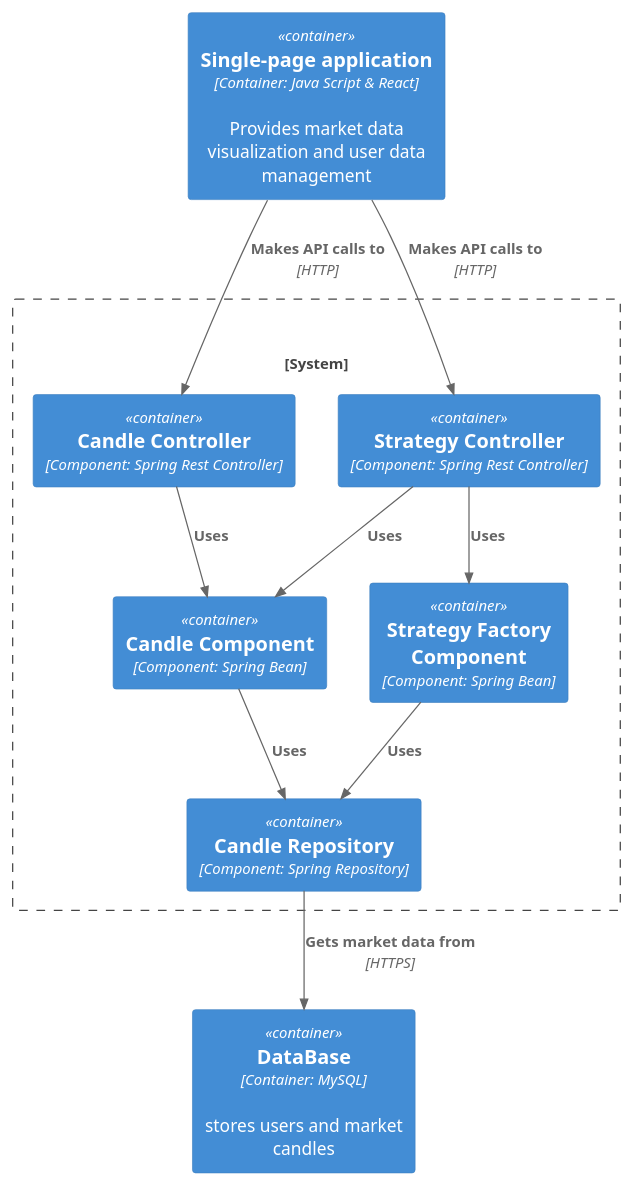
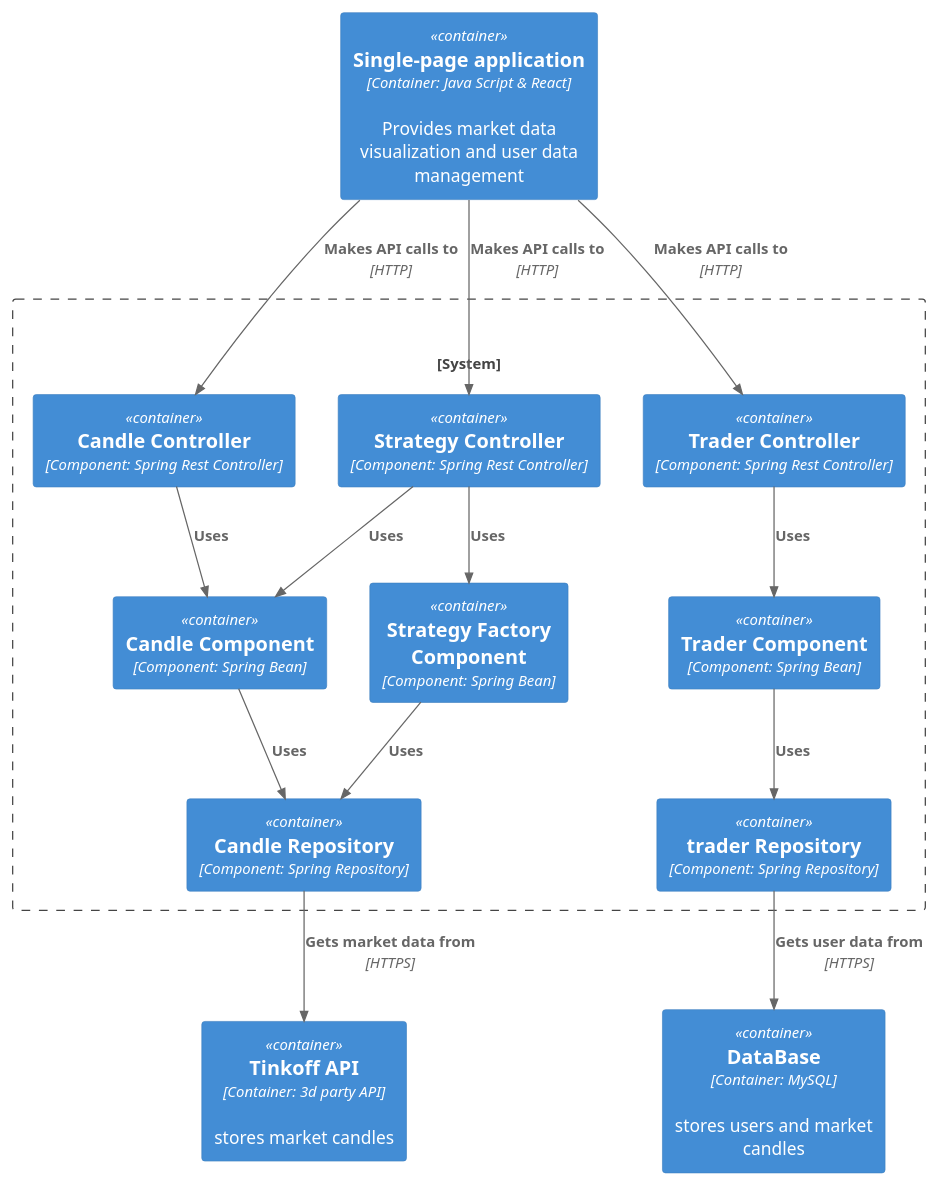
The diagram in Documents_TradeX/C4_diagrams/C3_diagram.puml (dansil2301/TradeX), drawn with PlantUML before and after one commit.

Commit message:
changed C3 diagram

```diff
--- a/Documents_TradeX/C4_diagrams/C3_diagram.puml
+++ b/Documents_TradeX/C4_diagrams/C3_diagram.puml
@@ -1,28 +1,36 @@
 @startuml Basic Sample
 !include https://raw.githubusercontent.com/plantuml-stdlib/C4-PlantUML/master/C4_Container.puml
 
 Container(singlePage, "Single-page application", "Container: Java Script & React", "Provides market data visualization and user data management")
-System_Boundary(c2, "") {
+System_Boundary(c3, "") {
     Container(candleController, "Candle Controller", "Component: Spring Rest Controller", "")
     Container(strategyController, "Strategy Controller", "Component: Spring Rest Controller", "")
+    Container(tradersController, "Trader Controller", "Component: Spring Rest Controller", "")
 
     Container(strategyComponent, "Strategy Factory Component", "Component: Spring Bean", "")
     Container(candleComponent, "Candle Component", "Component: Spring Bean", "")
+    Container(traderComponent, "Trader Component", "Component: Spring Bean", "")
 
     Container(candleRepository, "Candle Repository", "Component: Spring Repository", "")
+    Container(traderRepository, "trader Repository", "Component: Spring Repository", "")
 }
 Container(db, "DataBase", "Container: MySQL", "stores users and market candles")
+Container(tinkoffAPI, "Tinkoff API", "Container: 3d party API", "stores market candles")
 
 
 Rel(singlePage, candleController, "Makes API calls to", "HTTP")
 Rel(singlePage, strategyController, "Makes API calls to", "HTTP")
+Rel(singlePage, tradersController, "Makes API calls to", "HTTP")
 
 Rel(strategyController, strategyComponent, "Uses")
 Rel(strategyController, candleComponent, "Uses")
 Rel(candleController, candleComponent, "Uses")
+Rel(tradersController, traderComponent, "Uses")
 
 Rel(strategyComponent, candleRepository, "Uses")
 Rel(candleComponent, candleRepository, "Uses")
+Rel(traderComponent, traderRepository, "Uses")
 
-Rel(candleRepository, db, "Gets market data from", "HTTPS")
+Rel(candleRepository, tinkoffAPI, "Gets market data from", "HTTPS")
+Rel(traderRepository, db, "Gets user data from", "HTTPS")
 @enduml
```
